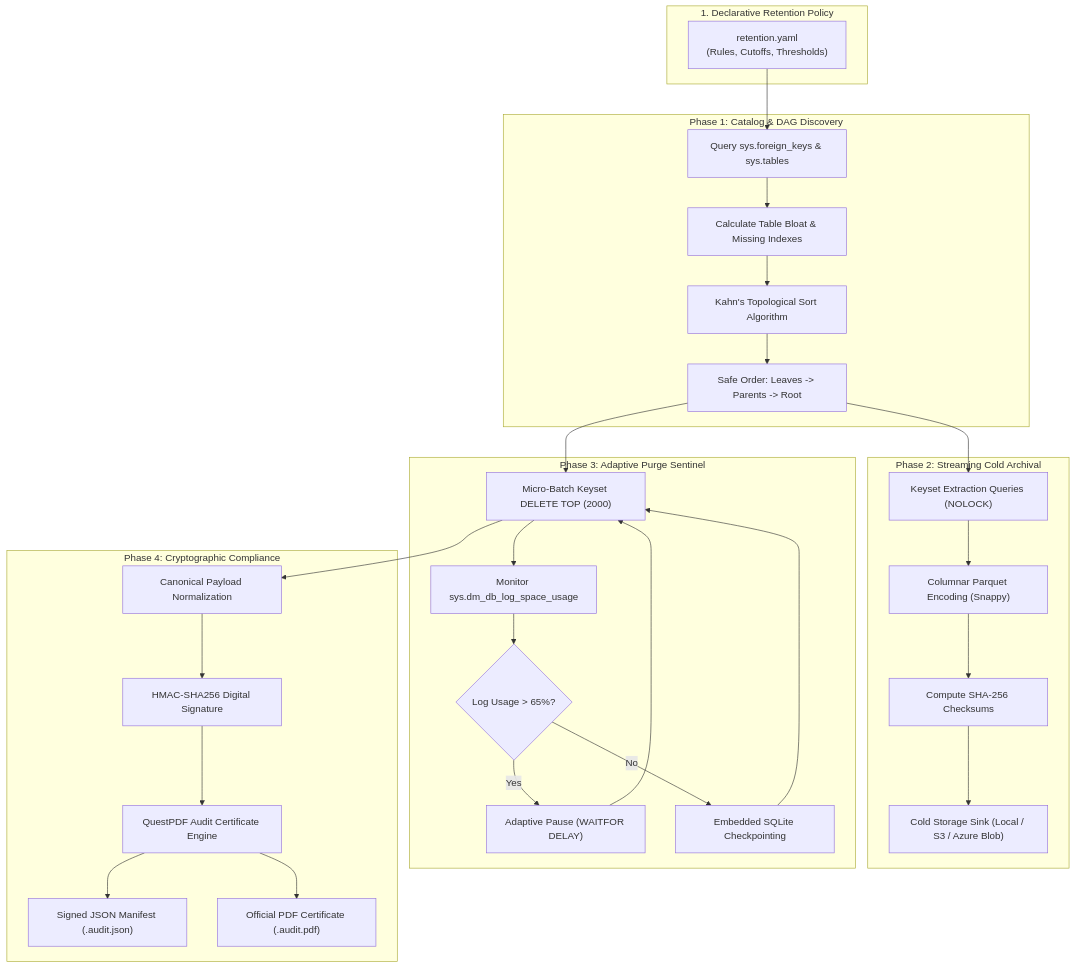
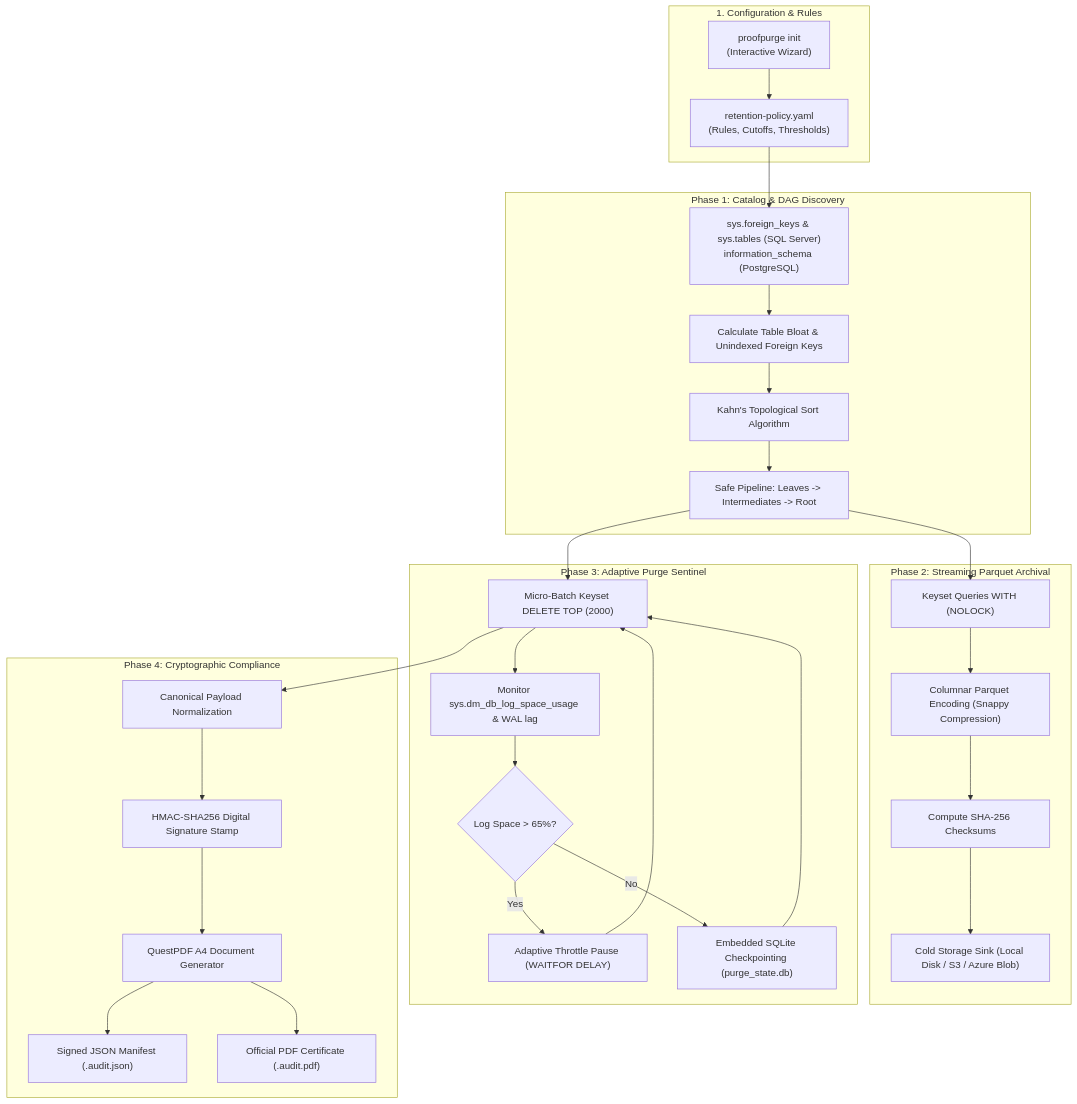
The diagram in docs/SYSTEM_DOCUMENTATION.md (pravinsparrow123/proofpurge), drawn with Mermaid before and after one commit. The commit also changed other lines of this file and 2 other files, not shown here.

````diff
--- a/docs/SYSTEM_DOCUMENTATION.md
+++ b/docs/SYSTEM_DOCUMENTATION.md
@@ -46,46 +63,47 @@
 ```mermaid
 flowchart TD
-    subgraph Config["1. Declarative Retention Policy"]
-        YAML["retention.yaml<br/>(Rules, Cutoffs, Thresholds)"]
+    subgraph Config["1. Configuration & Rules"]
+        Init["proofpurge init<br/>(Interactive Wizard)"]
+        YAML["retention-policy.yaml<br/>(Rules, Cutoffs, Thresholds)"]
+        Init --> YAML
     end
 
     subgraph Phase1["Phase 1: Catalog & DAG Discovery"]
-        SysCatalog["Query sys.foreign_keys & sys.tables"]
-        BloatEval["Calculate Table Bloat & Missing Indexes"]
+        SysCatalog["sys.foreign_keys & sys.tables (SQL Server)<br/>information_schema (PostgreSQL)"]
+        BloatEval["Calculate Table Bloat & Unindexed Foreign Keys"]
         KahnAlgo["Kahn's Topological Sort Algorithm"]
-        Plan["Safe Order: Leaves -> Parents -> Root"]
+        Plan["Safe Pipeline: Leaves -> Intermediates -> Root"]
+        YAML --> SysCatalog --> BloatEval --> KahnAlgo --> Plan
     end
 
-    subgraph Phase2["Phase 2: Streaming Cold Archival"]
-        Keyset["Keyset Extraction Queries (NOLOCK)"]
-        ParquetEnc["Columnar Parquet Encoding (Snappy)"]
+    subgraph Phase2["Phase 2: Streaming Parquet Archival"]
+        Keyset["Keyset Queries WITH (NOLOCK)"]
+        ParquetEnc["Columnar Parquet Encoding (Snappy Compression)"]
         HashCalc["Compute SHA-256 Checksums"]
-        Sink["Cold Storage Sink (Local / S3 / Azure Blob)"]
+        Sink["Cold Storage Sink (Local Disk / S3 / Azure Blob)"]
+        Plan --> Keyset --> ParquetEnc --> HashCalc --> Sink
     end
 
     subgraph Phase3["Phase 3: Adaptive Purge Sentinel"]
         MicroBatch["Micro-Batch Keyset DELETE TOP (2000)"]
-        VitalsMonitor["Monitor sys.dm_db_log_space_usage"]
-        Throttle{"Log Usage > 65%?"}
-        Wait["Adaptive Pause (WAITFOR DELAY)"]
-        SQLite["Embedded SQLite Checkpointing"]
+        VitalsMonitor["Monitor sys.dm_db_log_space_usage & WAL lag"]
+        Throttle{"Log Space > 65%?"}
+        Wait["Adaptive Throttle Pause (WAITFOR DELAY)"]
+        SQLite["Embedded SQLite Checkpointing (purge_state.db)"]
+        Plan --> MicroBatch --> VitalsMonitor
+        VitalsMonitor --> Throttle
+        Throttle -- Yes --> Wait --> MicroBatch
+        Throttle -- No --> SQLite --> MicroBatch
     end
 
     subgraph Phase4["Phase 4: Cryptographic Compliance"]
         Canonical["Canonical Payload Normalization"]
-        HMAC["HMAC-SHA256 Digital Signature"]
-        QuestPDF["QuestPDF Audit Certificate Engine"]
+        HMAC["HMAC-SHA256 Digital Signature Stamp"]
+        QuestPDF["QuestPDF A4 Document Generator"]
         CertJSON["Signed JSON Manifest (.audit.json)"]
         CertPDF["Official PDF Certificate (.audit.pdf)"]
+        MicroBatch --> Canonical --> HMAC --> QuestPDF
+        QuestPDF --> CertJSON
+        QuestPDF --> CertPDF
     end
-
-    YAML --> SysCatalog --> BloatEval --> KahnAlgo --> Plan
-    Plan --> Keyset --> ParquetEnc --> HashCalc --> Sink
-    Plan --> MicroBatch --> VitalsMonitor
-    VitalsMonitor --> Throttle
-    Throttle -- Yes --> Wait --> MicroBatch
-    Throttle -- No --> SQLite --> MicroBatch
-    MicroBatch --> Canonical --> HMAC --> QuestPDF
-    QuestPDF --> CertJSON
-    QuestPDF --> CertPDF
 ```
````
